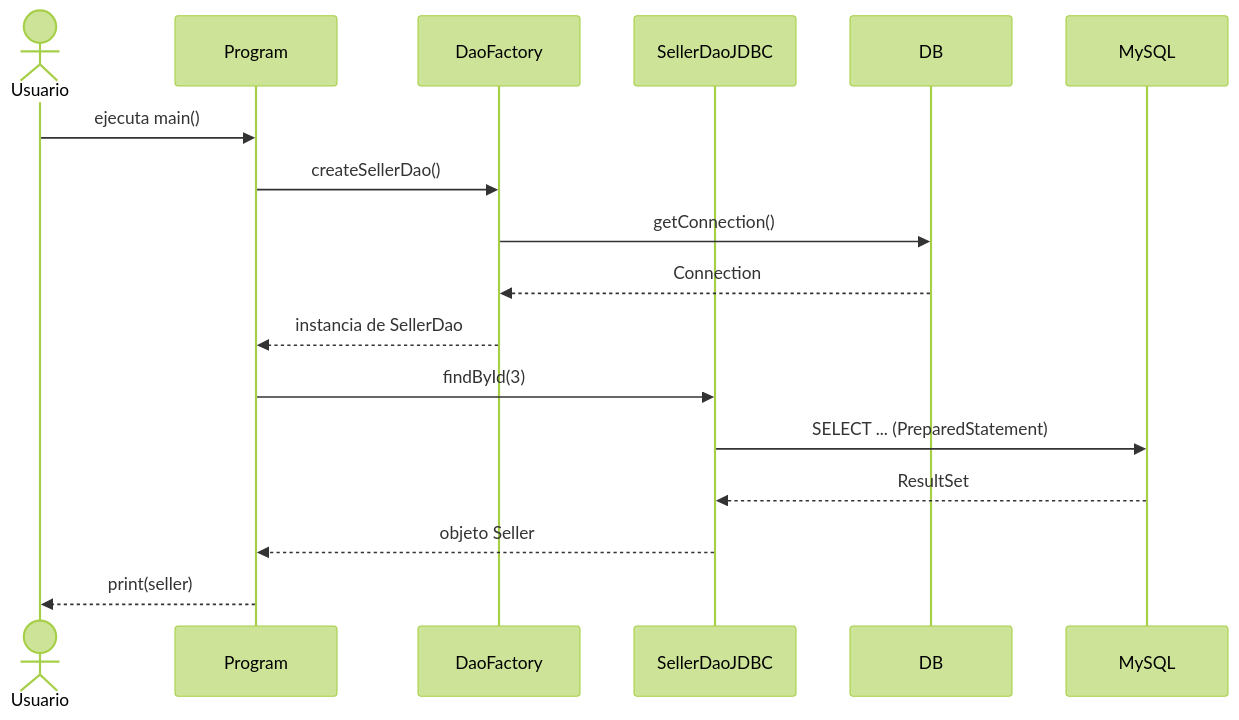
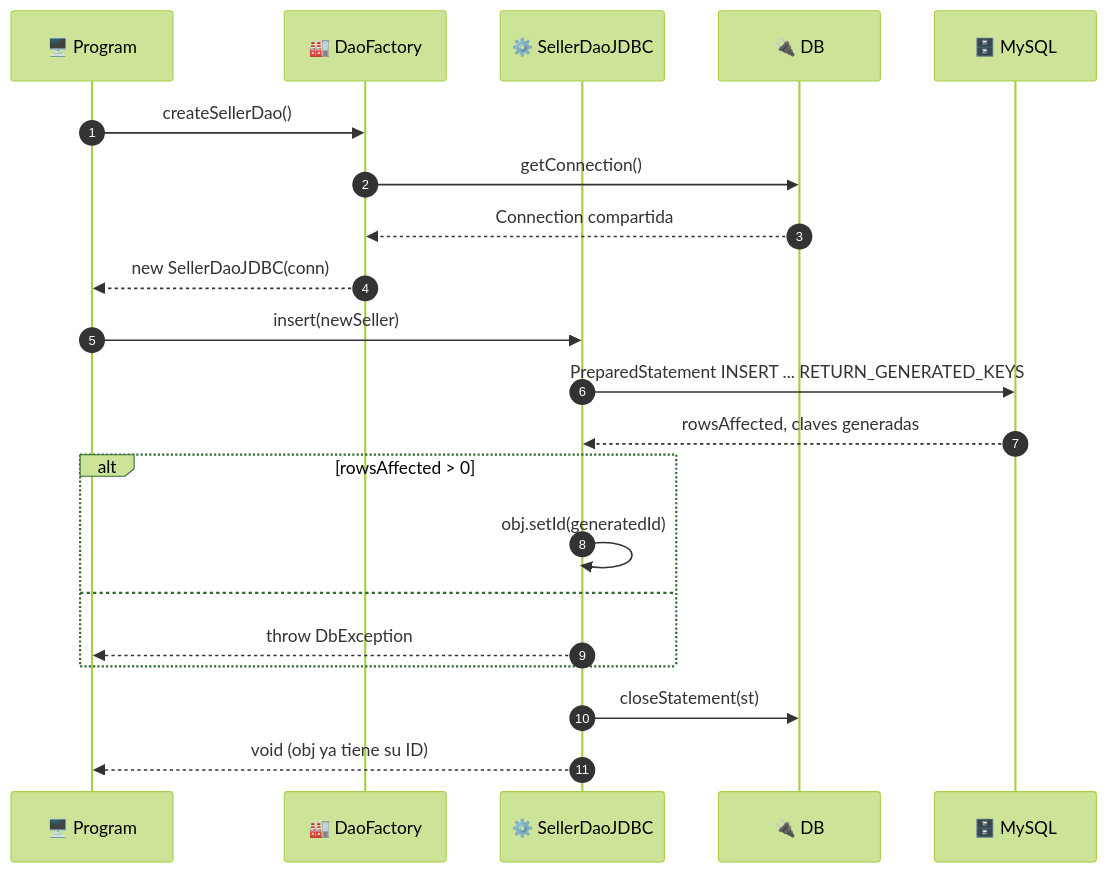
One commit to VictorHJesusSantiago/demo_dao_jdbc changed the fourth of 6 diagrams in README_ES.md. Above: the diagram before and after it, drawn with Mermaid (forest theme). The commit also changed other lines of this file and 3 other files, not shown here.

````diff
--- a/README_ES.md
+++ b/README_ES.md
@@ -611,20 +538,24 @@
 ```mermaid
 sequenceDiagram
-    actor U as Usuario
-    participant P as Program
-    participant F as DaoFactory
-    participant S as SellerDaoJDBC
-    participant D as DB
-    participant M as MySQL
+    autonumber
+    participant P as 🖥️ Program
+    participant F as 🏭 DaoFactory
+    participant D as ⚙️ SellerDaoJDBC
+    participant C as 🔌 DB
+    participant M as 🗄️ MySQL
 
-    U->>P: ejecuta main()
     P->>F: createSellerDao()
-    F->>D: getConnection()
-    D-->>F: Connection
-    F-->>P: instancia de SellerDao
-    P->>S: findById(3)
-    S->>M: SELECT ... (PreparedStatement)
-    M-->>S: ResultSet
-    S-->>P: objeto Seller
-    P-->>U: print(seller)
+    F->>C: getConnection()
+    C-->>F: Connection compartida
+    F-->>P: new SellerDaoJDBC(conn)
+    P->>D: insert(newSeller)
+    D->>M: PreparedStatement INSERT ... RETURN_GENERATED_KEYS
+    M-->>D: rowsAffected, claves generadas
+    alt rowsAffected > 0
+        D->>D: obj.setId(generatedId)
+    else
+        D-->>P: throw DbException
+    end
+    D->>C: closeStatement(st)
+    D-->>P: void (obj ya tiene su ID)
 ```
````
